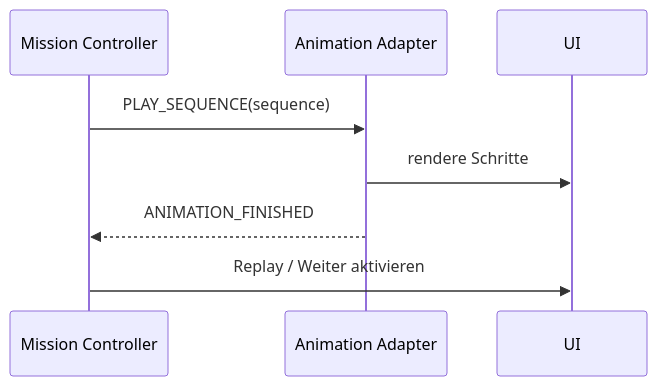
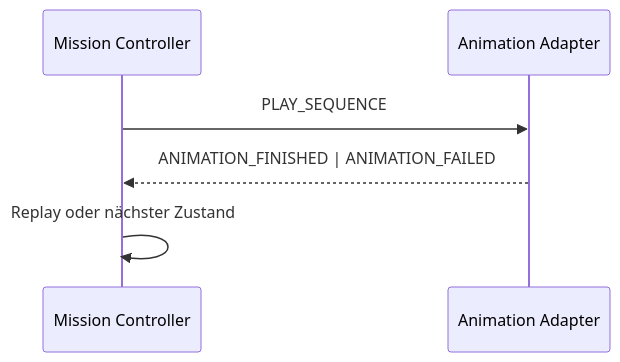
The diagram in docs/design/ANIMATION-SYSTEM.md (GitJestry/passwo-authentication-onboarding), drawn with Mermaid before and after one commit. The commit also changed other lines of this file and 55 other files, not shown here.

````diff
--- a/docs/design/ANIMATION-SYSTEM.md
+++ b/docs/design/ANIMATION-SYSTEM.md
@@ -32,10 +17,8 @@
 ```mermaid
 sequenceDiagram
   participant M as Mission Controller
   participant A as Animation Adapter
-  participant U as UI
-  M->>A: PLAY_SEQUENCE(sequence)
-  A->>U: rendere Schritte
-  A-->>M: ANIMATION_FINISHED
-  M->>U: Replay / Weiter aktivieren
+  M->>A: PLAY_SEQUENCE
+  A-->>M: ANIMATION_FINISHED | ANIMATION_FAILED
+  M->>M: Replay oder nächster Zustand
 ```
````
